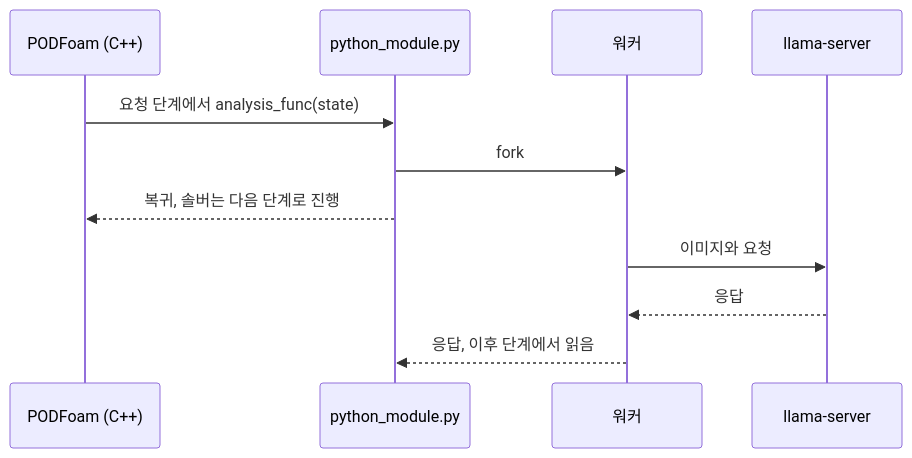
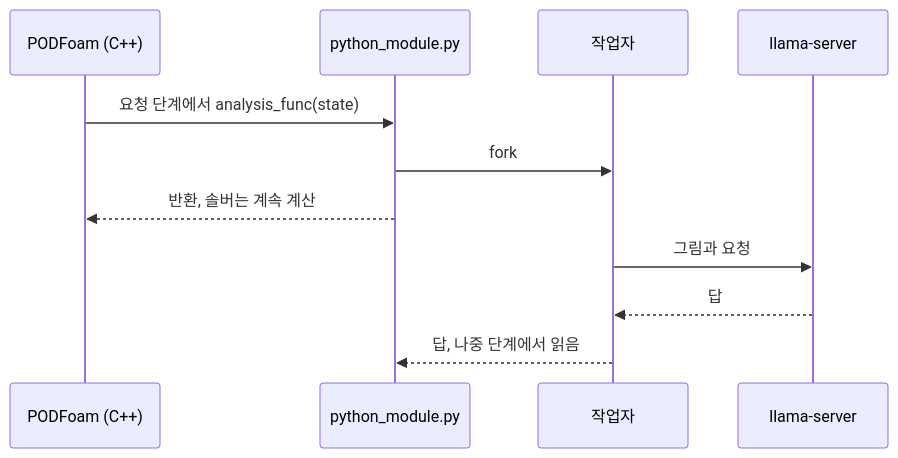
One commit to seungminyome/PythonFOAM-Korean changed the diagram in README.md. Above: the diagram before and after it, drawn with Mermaid. The commit also changed other lines of this file, not shown here.

````diff
--- a/README.md
+++ b/README.md
@@ -56,13 +52,13 @@
 ```mermaid
 sequenceDiagram
     participant S as PODFoam (C++)
     participant P as python_module.py
-    participant W as 워커
+    participant W as 작업자
     participant L as llama-server
     S->>P: 요청 단계에서 analysis_func(state)
     P->>W: fork
-    P-->>S: 복귀, 솔버는 다음 단계로 진행
-    W->>L: 이미지와 요청
-    L-->>W: 응답
-    W-->>P: 응답, 이후 단계에서 읽음
+    P-->>S: 반환, 솔버는 계속 계산
+    W->>L: 그림과 요청
+    L-->>W: 답
+    W-->>P: 답, 나중 단계에서 읽음
 ```
````
